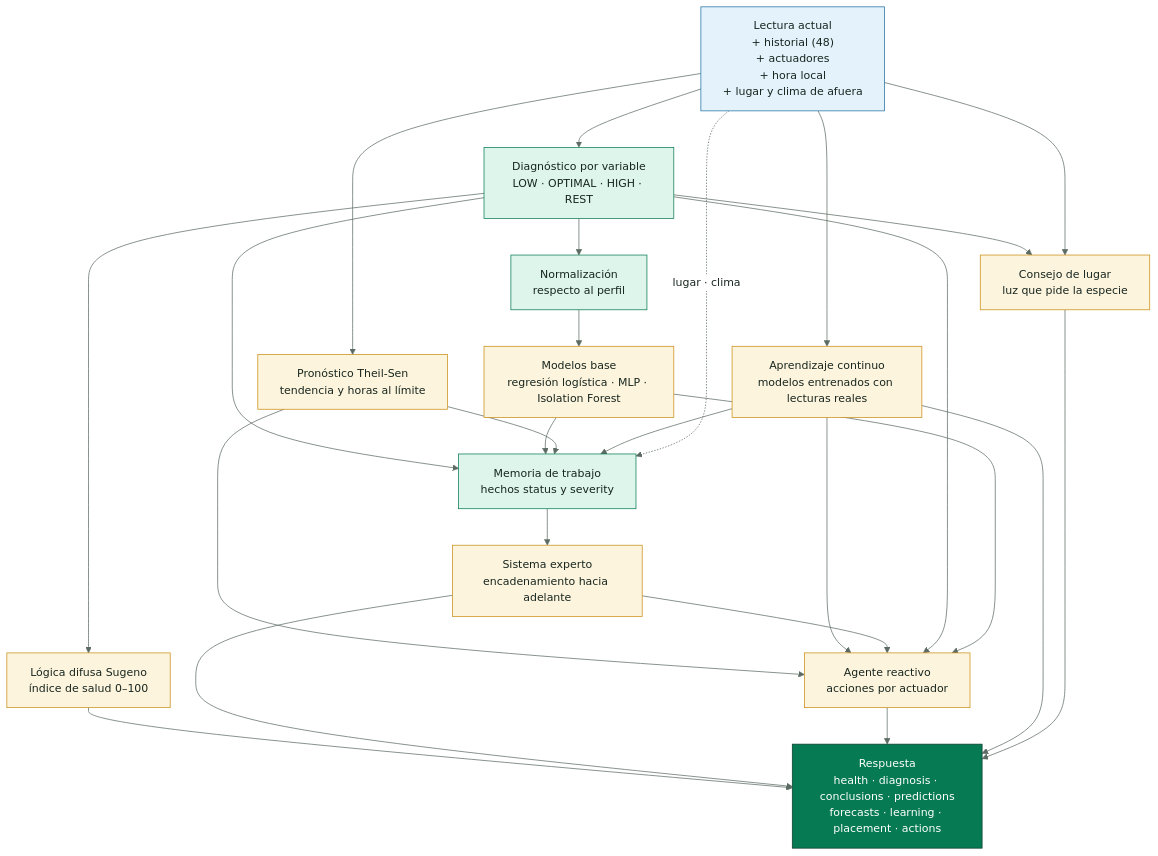
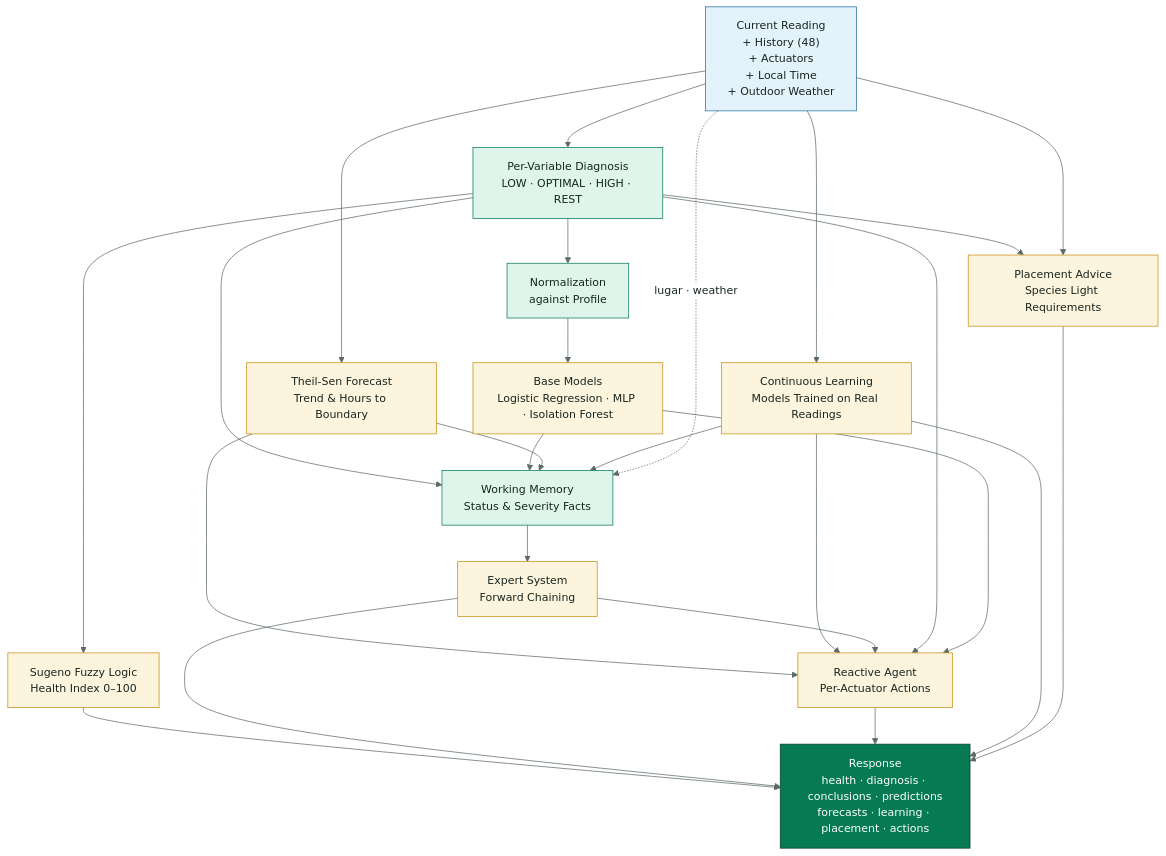
Before and after one commit to SmartPotTech/.github: the sixth of 14 diagrams in docs/SmartPot_Technical_Documentation.md, drawn with Mermaid. The commit also changed other lines of this file and 186 other files, not shown here.

Commit message:
docs(specs): synchronize 100% english organization documentation, diagrams, and formal deliverables

````diff
--- a/docs/SmartPot_Technical_Documentation.md
+++ b/docs/SmartPot_Technical_Documentation.md
@@ -714,36 +339,36 @@
 ```mermaid
 %%{init: {"theme": "base", "fontFamily": "Segoe UI, Arial, sans-serif", "themeVariables": {"fontFamily": "Segoe UI, Arial, sans-serif", "fontSize": "15px", "primaryColor": "#DDF5EA", "primaryTextColor": "#17261F", "primaryBorderColor": "#067A52", "secondaryColor": "#E3F2FB", "secondaryTextColor": "#17261F", "secondaryBorderColor": "#1F6FA0", "tertiaryColor": "#F2F7F4", "tertiaryTextColor": "#17261F", "tertiaryBorderColor": "#D5E3DC", "lineColor": "#5B6B63", "textColor": "#17261F", "mainBkg": "#DDF5EA", "nodeBorder": "#067A52", "clusterBkg": "#F7FAF8", "clusterBorder": "#D5E3DC", "edgeLabelBackground": "#FFFFFF", "actorBkg": "#067A52", "actorBorder": "#0B3D2B", "actorTextColor": "#FFFFFF", "actorLineColor": "#5B6B63", "signalColor": "#17261F", "signalTextColor": "#17261F", "labelBoxBkgColor": "#0B3D2B", "labelBoxBorderColor": "#0B3D2B", "labelTextColor": "#FFFFFF", "loopTextColor": "#0B3D2B", "noteBkgColor": "#FDF4DD", "noteBorderColor": "#C98D12", "noteTextColor": "#17261F", "activationBkgColor": "#DDF5EA", "activationBorderColor": "#067A52", "attributeBackgroundColorOdd": "#FFFFFF", "attributeBackgroundColorEven": "#F2F7F4"}}}%%
 flowchart TB
-  req["Lectura actual<br/>+ historial (48)<br/>+ actuadores<br/>+ hora local<br/>+ lugar y clima de afuera"] --> diag["Diagnóstico por variable<br/>LOW · OPTIMAL · HIGH · REST"]
-  req --> fc["Pronóstico Theil-Sen<br/>tendencia y horas al límite"]
-  req --> lr["Aprendizaje continuo<br/>modelos entrenados con lecturas reales"]
-  diag --> norm["Normalización<br/>respecto al perfil"]
-  norm --> ml["Modelos base<br/>regresión logística · MLP · Isolation Forest"]
-  diag --> mem["Memoria de trabajo<br/>hechos status y severity"]
+  req["Current Reading<br/>+ History (48)<br/>+ Actuators<br/>+ Local Time<br/>+ Outdoor Weather"] --> diag["Per-Variable Diagnosis<br/>LOW · OPTIMAL · HIGH · REST"]
+  req --> fc["Theil-Sen Forecast<br/>Trend & Hours to Boundary"]
+  req --> lr["Continuous Learning<br/>Models Trained on Real Readings"]
+  diag --> norm["Normalization<br/>against Profile"]
+  norm --> ml["Base Models<br/>Logistic Regression · MLP · Isolation Forest"]
+  diag --> mem["Working Memory<br/>Status & Severity Facts"]
   ml --> mem
   fc --> mem
   lr --> mem
   fc --> ag
   lr --> ag
-  req -.->|"lugar · clima"| mem
-  mem --> es["Sistema experto<br/>encadenamiento hacia adelante"]
-  diag --> place["Consejo de lugar<br/>luz que pide la especie"]
+  req -.->|"lugar · weather"| mem
+  mem --> es["Expert System<br/>Forward Chaining"]
+  diag --> place["Placement Advice<br/>Species Light Requirements"]
   req --> place
-  diag --> fz["Lógica difusa Sugeno<br/>índice de salud 0–100"]
-  es --> ag["Agente reactivo<br/>acciones por actuador"]
+  diag --> fz["Sugeno Fuzzy Logic<br/>Health Index 0–100"]
+  es --> ag["Reactive Agent<br/>Per-Actuator Actions"]
   diag --> ag
   ml --> ag
-  fz --> out["Respuesta<br/>health · diagnosis · conclusions · predictions<br/>forecasts · learning · placement · actions"]
+  fz --> out["Response<br/>health · diagnosis · conclusions · predictions<br/>forecasts · learning · placement · actions"]
   es --> out
   ag --> out
   lr --> out
   place --> out
   classDef input fill:#E3F2FB,stroke:#1F6FA0,color:#17261F
   classDef step fill:#DDF5EA,stroke:#067A52,color:#17261F
   classDef brain fill:#FDF4DD,stroke:#C98D12,color:#17261F
   classDef result fill:#067A52,stroke:#0B3D2B,color:#FFFFFF
   class req input
   class diag,norm,mem step
   class ml,es,fz,ag,fc,lr,place brain
   class out result
 ```
````
